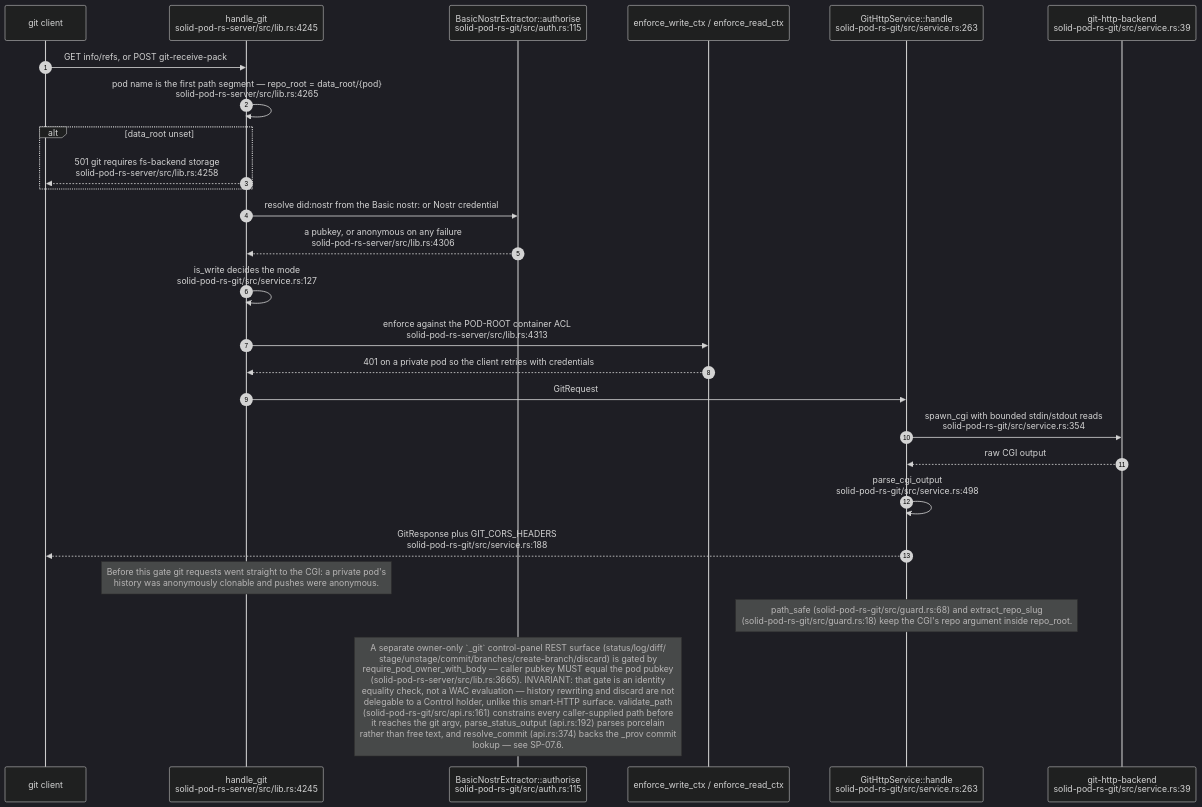
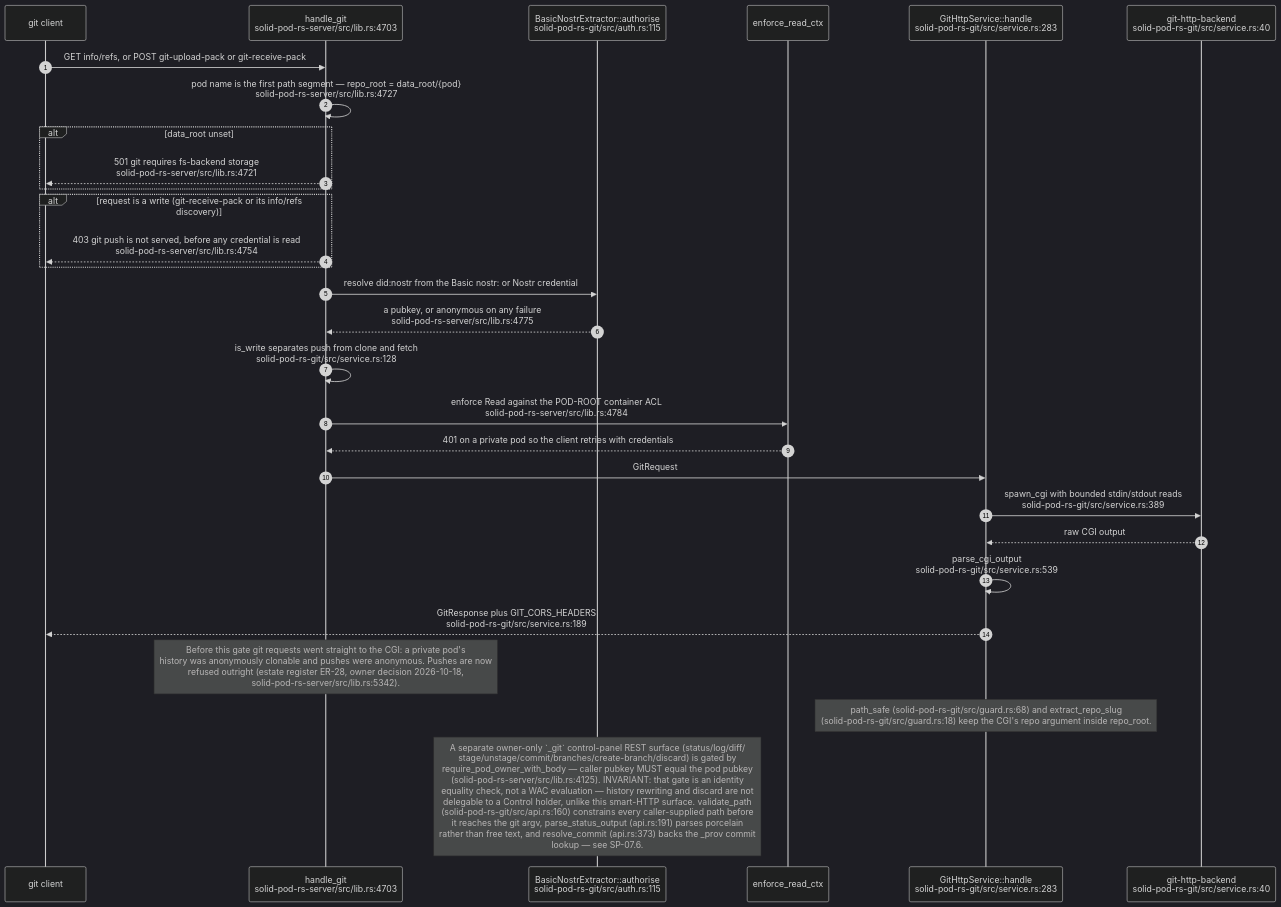
One commit to DreamLab-AI/VisionFlow changed diagram 11 of 11 in docs/diagrams/solid-pod-rs/06-storage-quota-and-git-pods.md. Above: the diagram before and after it, drawn with Mermaid (dark theme). The commit also changed other lines of this file and 160 other files, not shown here.

````diff
--- a/docs/diagrams/solid-pod-rs/06-storage-quota-and-git-pods.md
+++ b/docs/diagrams/solid-pod-rs/06-storage-quota-and-git-pods.md
@@ -313,30 +327,33 @@
 ```mermaid
 sequenceDiagram
     autonumber
     participant C as git client
-    participant H as handle_git<br/>solid-pod-rs-server/src/lib.rs:4245
+    participant H as handle_git<br/>solid-pod-rs-server/src/lib.rs:4703
     participant A as BasicNostrExtractor::authorise<br/>solid-pod-rs-git/src/auth.rs:115
-    participant W as enforce_write_ctx / enforce_read_ctx
-    participant S as GitHttpService::handle<br/>solid-pod-rs-git/src/service.rs:263
-    participant CGI as git-http-backend<br/>solid-pod-rs-git/src/service.rs:39
+    participant W as enforce_read_ctx
+    participant S as GitHttpService::handle<br/>solid-pod-rs-git/src/service.rs:283
+    participant CGI as git-http-backend<br/>solid-pod-rs-git/src/service.rs:40
 
-    C->>H: GET info/refs, or POST git-receive-pack
-    H->>H: pod name is the first path segment — repo_root = data_root/{pod}<br/>solid-pod-rs-server/src/lib.rs:4265
+    C->>H: GET info/refs, or POST git-upload-pack or git-receive-pack
+    H->>H: pod name is the first path segment — repo_root = data_root/{pod}<br/>solid-pod-rs-server/src/lib.rs:4727
     alt data_root unset
-        H-->>C: 501 git requires fs-backend storage<br/>solid-pod-rs-server/src/lib.rs:4258
+        H-->>C: 501 git requires fs-backend storage<br/>solid-pod-rs-server/src/lib.rs:4721
+    end
+    alt request is a write (git-receive-pack or its info/refs discovery)
+        H-->>C: 403 git push is not served, before any credential is read<br/>solid-pod-rs-server/src/lib.rs:4754
     end
     H->>A: resolve did:nostr from the Basic nostr: or Nostr credential
-    A-->>H: a pubkey, or anonymous on any failure<br/>solid-pod-rs-server/src/lib.rs:4306
-    H->>H: is_write decides the mode<br/>solid-pod-rs-git/src/service.rs:127
-    H->>W: enforce against the POD-ROOT container ACL<br/>solid-pod-rs-server/src/lib.rs:4313
+    A-->>H: a pubkey, or anonymous on any failure<br/>solid-pod-rs-server/src/lib.rs:4775
+    H->>H: is_write separates push from clone and fetch<br/>solid-pod-rs-git/src/service.rs:128
+    H->>W: enforce Read against the POD-ROOT container ACL<br/>solid-pod-rs-server/src/lib.rs:4784
     W-->>H: 401 on a private pod so the client retries with credentials
     H->>S: GitRequest
-    S->>CGI: spawn_cgi with bounded stdin/stdout reads<br/>solid-pod-rs-git/src/service.rs:354
+    S->>CGI: spawn_cgi with bounded stdin/stdout reads<br/>solid-pod-rs-git/src/service.rs:389
     CGI-->>S: raw CGI output
-    S->>S: parse_cgi_output<br/>solid-pod-rs-git/src/service.rs:498
-    S-->>C: GitResponse plus GIT_CORS_HEADERS<br/>solid-pod-rs-git/src/service.rs:188
+    S->>S: parse_cgi_output<br/>solid-pod-rs-git/src/service.rs:539
+    S-->>C: GitResponse plus GIT_CORS_HEADERS<br/>solid-pod-rs-git/src/service.rs:189
 
-    Note over H: Before this gate git requests went straight to the CGI: a private pod's<br/>history was anonymously clonable and pushes were anonymous.
+    Note over H: Before this gate git requests went straight to the CGI: a private pod's<br/>history was anonymously clonable and pushes were anonymous. Pushes are now<br/>refused outright (estate register ER-28, owner decision 2026-10-18,<br/>solid-pod-rs-server/src/lib.rs:5342).
     Note over S: path_safe (solid-pod-rs-git/src/guard.rs:68) and extract_repo_slug<br/>(solid-pod-rs-git/src/guard.rs:18) keep the CGI's repo argument inside repo_root.
-    Note over A: A separate owner-only `_git` control-panel REST surface (status/log/diff/<br/>stage/unstage/commit/branches/create-branch/discard) is gated by<br/>require_pod_owner_with_body — caller pubkey MUST equal the pod pubkey<br/>(solid-pod-rs-server/src/lib.rs:3665). INVARIANT: that gate is an identity<br/>equality check, not a WAC evaluation — history rewriting and discard are not<br/>delegable to a Control holder, unlike this smart-HTTP surface. validate_path<br/>(solid-pod-rs-git/src/api.rs:161) constrains every caller-supplied path before<br/>it reaches the git argv, parse_status_output (api.rs:192) parses porcelain<br/>rather than free text, and resolve_commit (api.rs:374) backs the _prov commit<br/>lookup — see SP-07.6.
+    Note over A: A separate owner-only `_git` control-panel REST surface (status/log/diff/<br/>stage/unstage/commit/branches/create-branch/discard) is gated by<br/>require_pod_owner_with_body — caller pubkey MUST equal the pod pubkey<br/>(solid-pod-rs-server/src/lib.rs:4125). INVARIANT: that gate is an identity<br/>equality check, not a WAC evaluation — history rewriting and discard are not<br/>delegable to a Control holder, unlike this smart-HTTP surface. validate_path<br/>(solid-pod-rs-git/src/api.rs:160) constrains every caller-supplied path before<br/>it reaches the git argv, parse_status_output (api.rs:191) parses porcelain<br/>rather than free text, and resolve_commit (api.rs:373) backs the _prov commit<br/>lookup — see SP-07.6.
 ```
````
